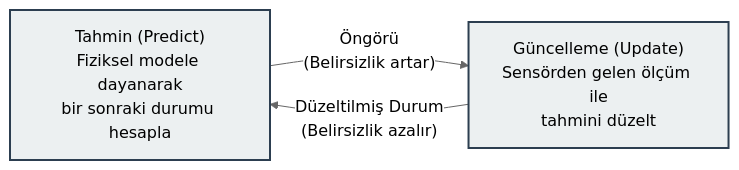
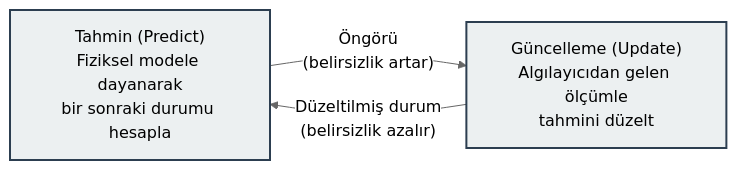
One commit to erkanozhan/AI_and_Machine_Learning_Tech changed the diagram in Kalman_Filters.md. Above: the diagram before and after it, drawn with Mermaid (neutral theme). The commit also changed other lines of this file and 16 other files, not shown here.

````diff
--- a/Kalman_Filters.md
+++ b/Kalman_Filters.md
@@ -395,10 +23,10 @@
 ```mermaid
 graph LR
     Predict["Tahmin (Predict)<br>Fiziksel modele dayanarak<br>bir sonraki durumu hesapla"]
-    Update["Güncelleme (Update)<br>Sensörden gelen ölçüm ile<br>tahmini düzelt"]
-    
-    Predict -- "Öngörü<br>(Belirsizlik artar)" --> Update
-    Update -- "Düzeltilmiş Durum<br>(Belirsizlik azalır)" --> Predict
-    
+    Update["Güncelleme (Update)<br>Algılayıcıdan gelen ölçümle<br>tahmini düzelt"]
+
+    Predict -- "Öngörü<br>(belirsizlik artar)" --> Update
+    Update -- "Düzeltilmiş durum<br>(belirsizlik azalır)" --> Predict
+
     classDef default fill:#ecf0f1,stroke:#2c3e50,stroke-width:2px;
 ```
````
